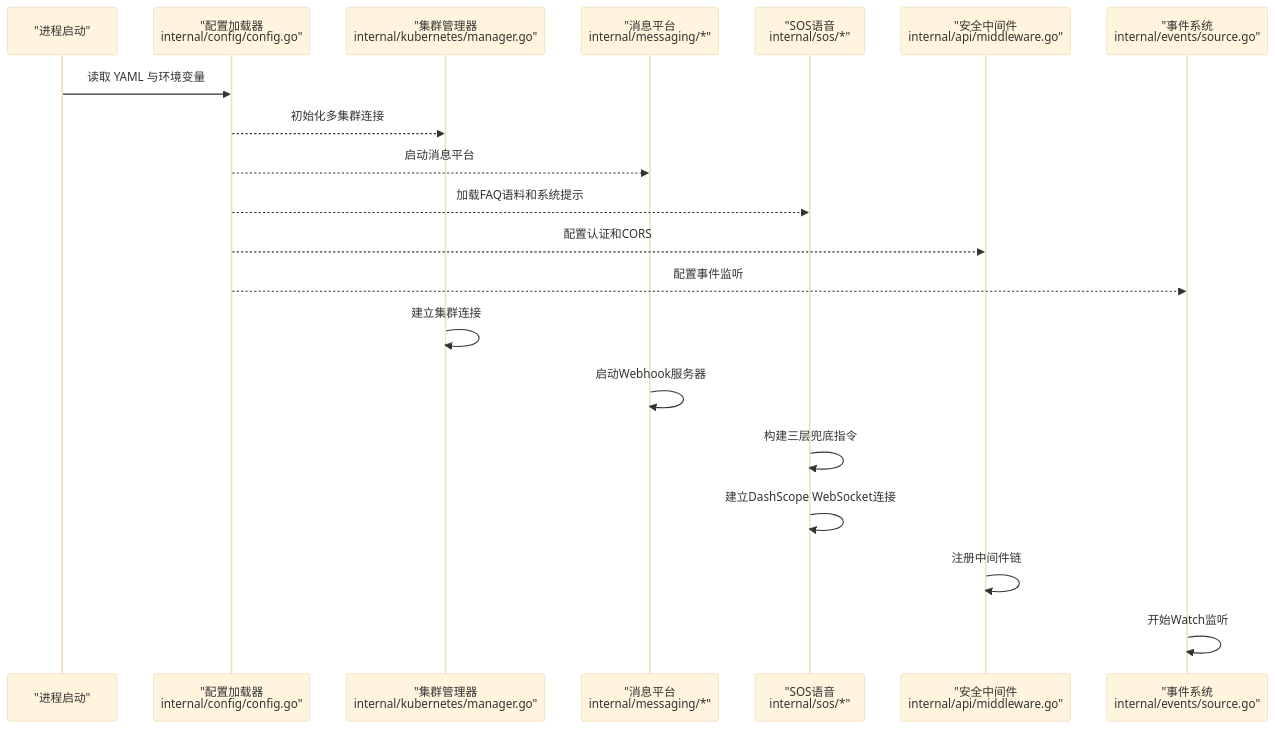
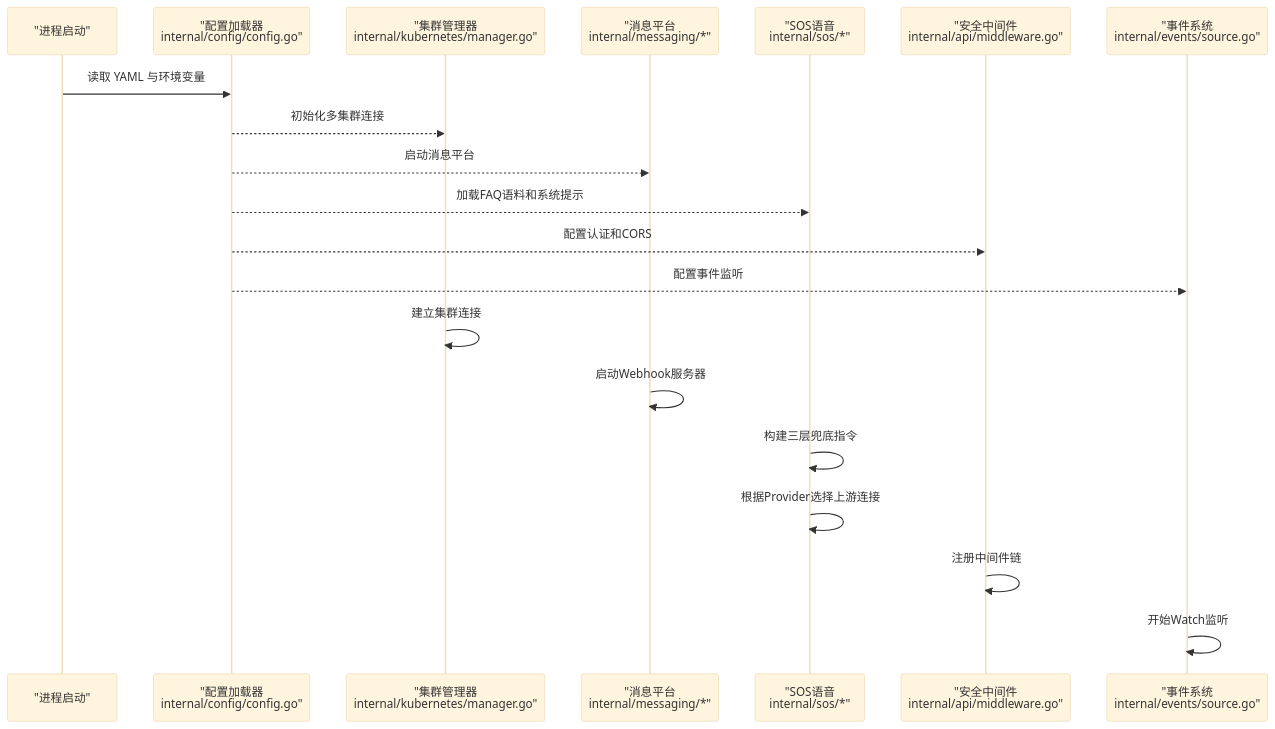
One commit to kudig-io/klaw changed the second of 4 diagrams in .qoder/repowiki/zh/content/安装部署/配置管理.md. Above: the diagram before and after it, drawn with Mermaid (base theme). The commit also changed other lines of this file and 336 other files, not shown here.

````diff
--- a/.qoder/repowiki/zh/content/安装部署/配置管理.md
+++ b/.qoder/repowiki/zh/content/安装部署/配置管理.md
@@ -165,22 +166,22 @@
 ```mermaid
 sequenceDiagram
 participant 启动 as "进程启动"
 participant 配置 as "配置加载器<br/>internal/config/config.go"
 participant 集群 as "集群管理器<br/>internal/kubernetes/manager.go"
 participant 消息 as "消息平台<br/>internal/messaging/*"
 participant sos as "SOS语音<br/>internal/sos/*"
 participant 安全 as "安全中间件<br/>internal/api/middleware.go"
 participant 事件 as "事件系统<br/>internal/events/source.go"
 启动->>配置 : 读取 YAML 与环境变量
 配置-->>集群 : 初始化多集群连接
 配置-->>消息 : 启动消息平台
 配置-->>sos : 加载FAQ语料和系统提示
 配置-->>安全 : 配置认证和CORS
 配置-->>事件 : 配置事件监听
 集群->>集群 : 建立集群连接
 消息->>消息 : 启动Webhook服务器
 sos->>sos : 构建三层兜底指令
-sos->>sos : 建立DashScope WebSocket连接
+sos->>sos : 根据Provider选择上游连接
 安全->>安全 : 注册中间件链
 事件->>事件 : 开始Watch监听
 ```
````
